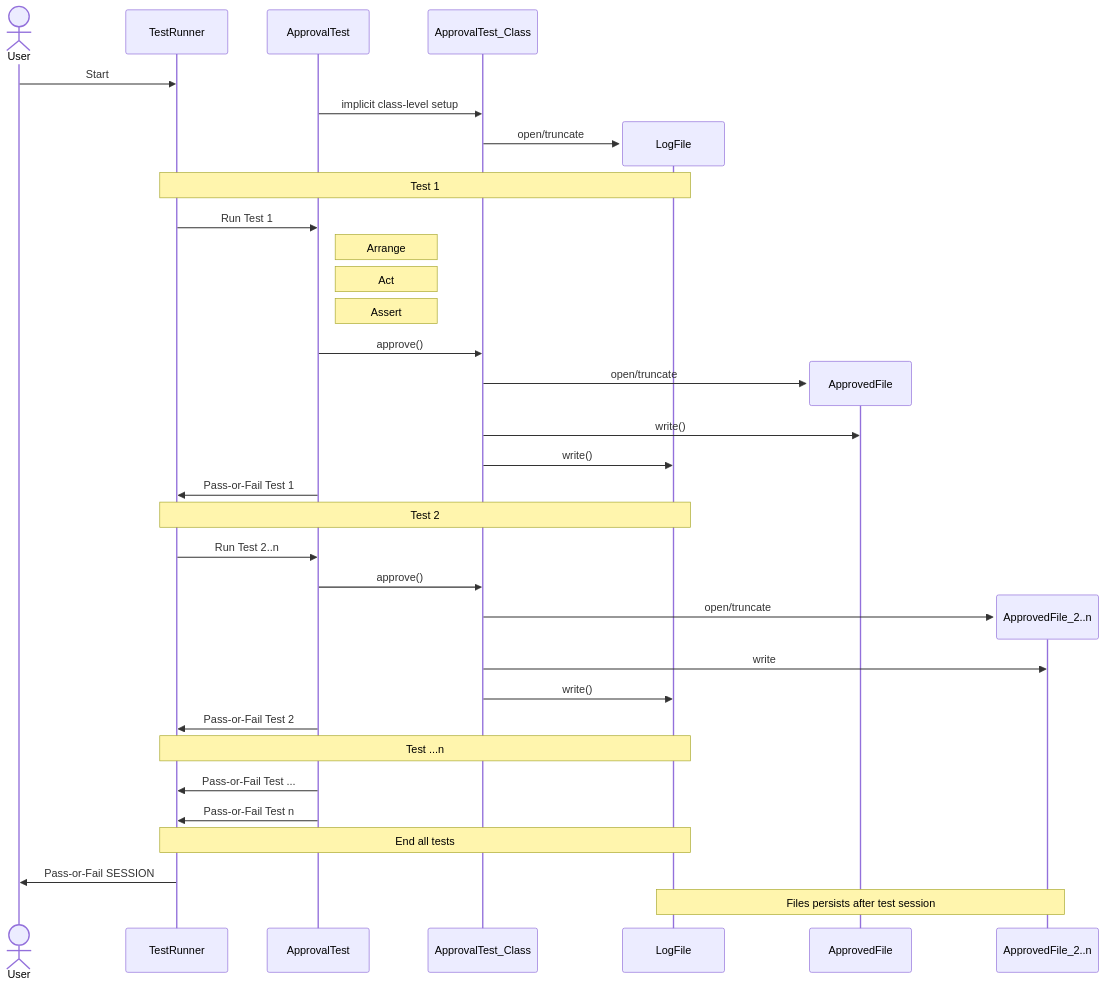
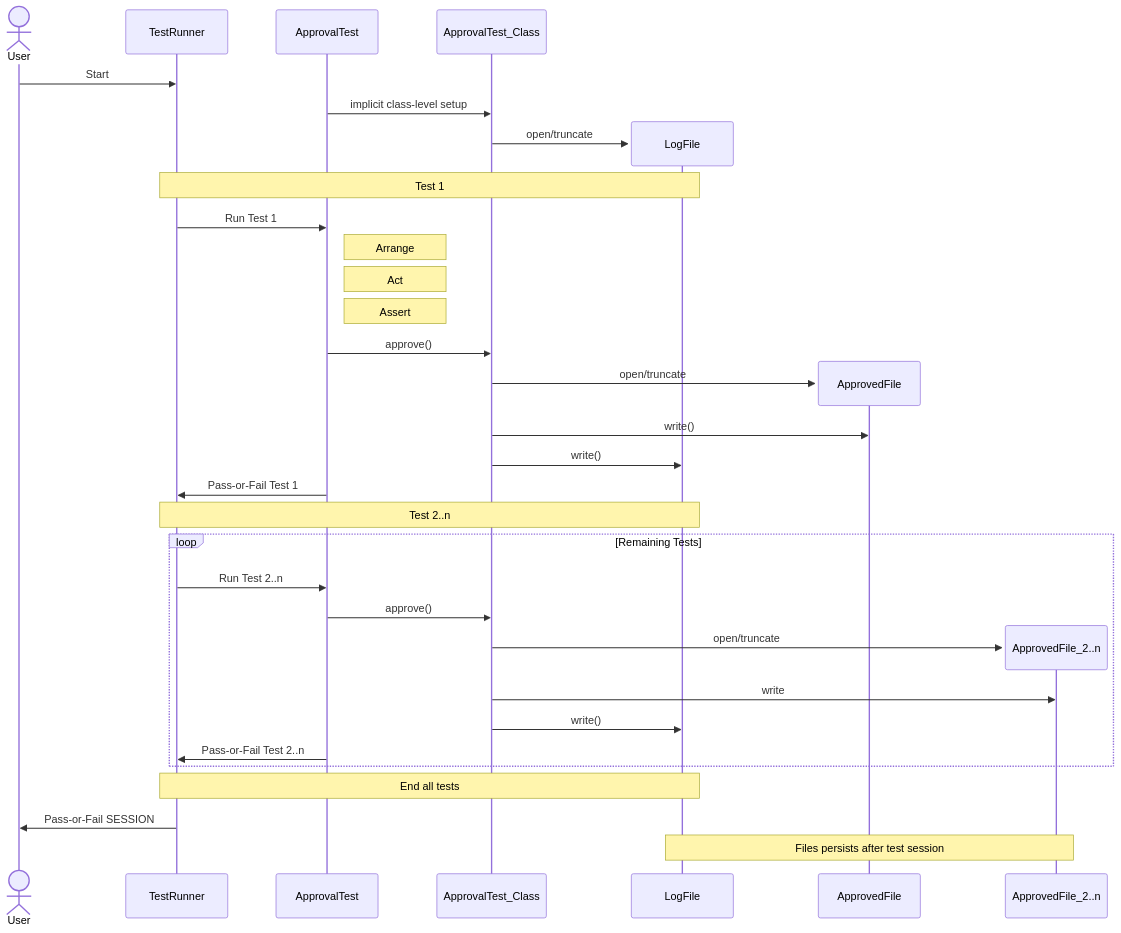
Before and after one commit to approvals/ApprovalTests.Python: the diagram in docs/Log_ApprovedFile_Access.mmd, drawn with Mermaid.

Commit message:
Add 'loop/end' construct for tests 2..n

```diff
--- a/docs/Log_ApprovedFile_Access.mmd
+++ b/docs/Log_ApprovedFile_Access.mmd
@@ -1,48 +1,45 @@
 sequenceDiagram
     actor User
     participant TestRunner
     participant ApprovalTest
     participant ApprovalTest_Class
 
     User->>TestRunner: Start
     ApprovalTest->>ApprovalTest_Class: implicit class-level setup
     create participant LogFile
     ApprovalTest_Class->>LogFile: open/truncate
 
 
     %% Test 1
     note over TestRunner,LogFile: Test 1
     TestRunner->>ApprovalTest: Run Test 1
 
     note right of ApprovalTest: Arrange
     note right of ApprovalTest: Act
     note right of ApprovalTest: Assert
     ApprovalTest->>ApprovalTest_Class: approve()
 
     create participant ApprovedFile
     ApprovalTest_Class->>ApprovedFile: open/truncate
     ApprovalTest_Class->>ApprovedFile: write()  
     ApprovalTest_Class->>LogFile: write()   
     ApprovalTest->>TestRunner: Pass-or-Fail Test 1
 
     %% Test 2
-    note over TestRunner,LogFile: Test 2
-    TestRunner->>ApprovalTest: Run Test 2..n
-    ApprovalTest->>ApprovalTest_Class: approve()
+    note over TestRunner,LogFile: Test 2..n
+    loop Remaining Tests
+      TestRunner->>ApprovalTest: Run Test 2..n
+      ApprovalTest->>ApprovalTest_Class: approve()
 
-    create participant ApprovedFile_2..n
-    ApprovalTest_Class->>ApprovedFile_2..n: open/truncate
-    ApprovalTest_Class->>ApprovedFile_2..n: write
-    ApprovalTest_Class->>LogFile: write()   
-    ApprovalTest->>TestRunner: Pass-or-Fail Test 2
- 
-    %% Test ...n
-    note over TestRunner,LogFile: Test ...n
-    ApprovalTest->>TestRunner: Pass-or-Fail Test ...
-    ApprovalTest->>TestRunner: Pass-or-Fail Test n
+      create participant ApprovedFile_2..n
+      ApprovalTest_Class->>ApprovedFile_2..n: open/truncate
+      ApprovalTest_Class->>ApprovedFile_2..n: write
+      ApprovalTest_Class->>LogFile: write()
+      ApprovalTest->>TestRunner: Pass-or-Fail Test 2..n
+    end
 
     note over TestRunner,LogFile: End all tests
 
     TestRunner->>User: Pass-or-Fail SESSION
 
     Note over ApprovedFile_2..n,LogFile: Files persists after test session
```
